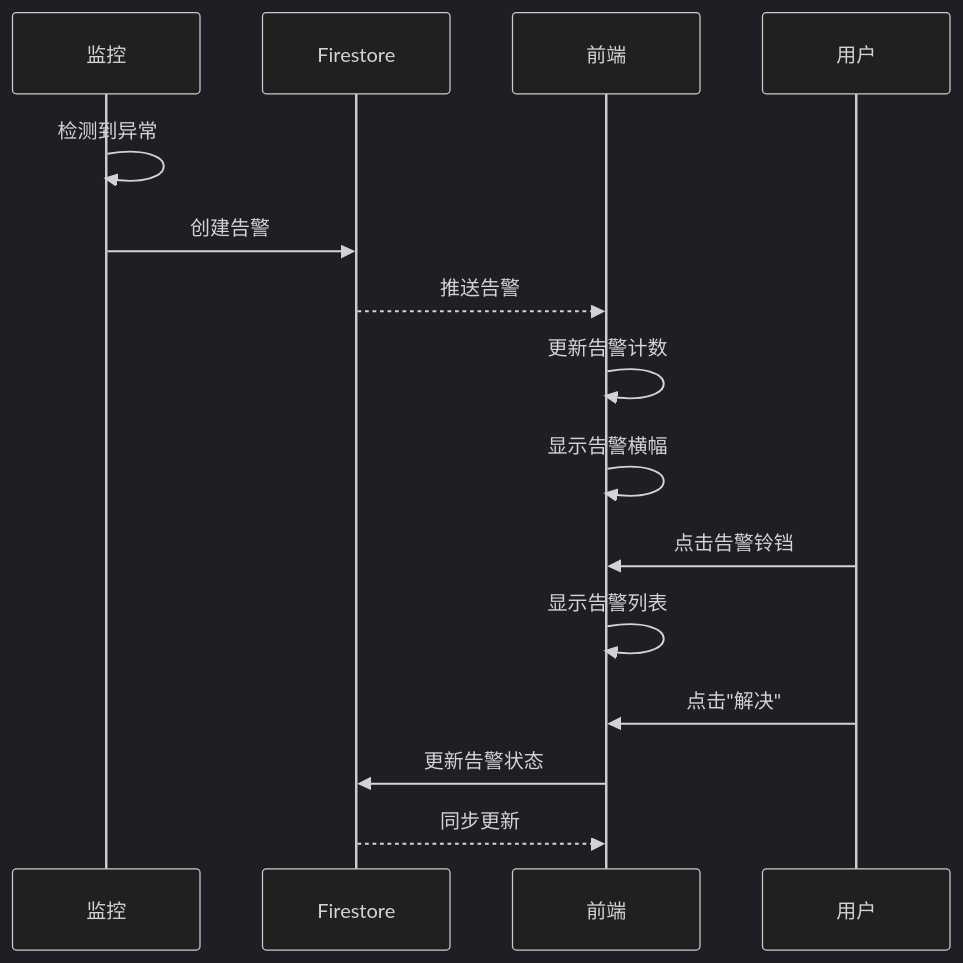
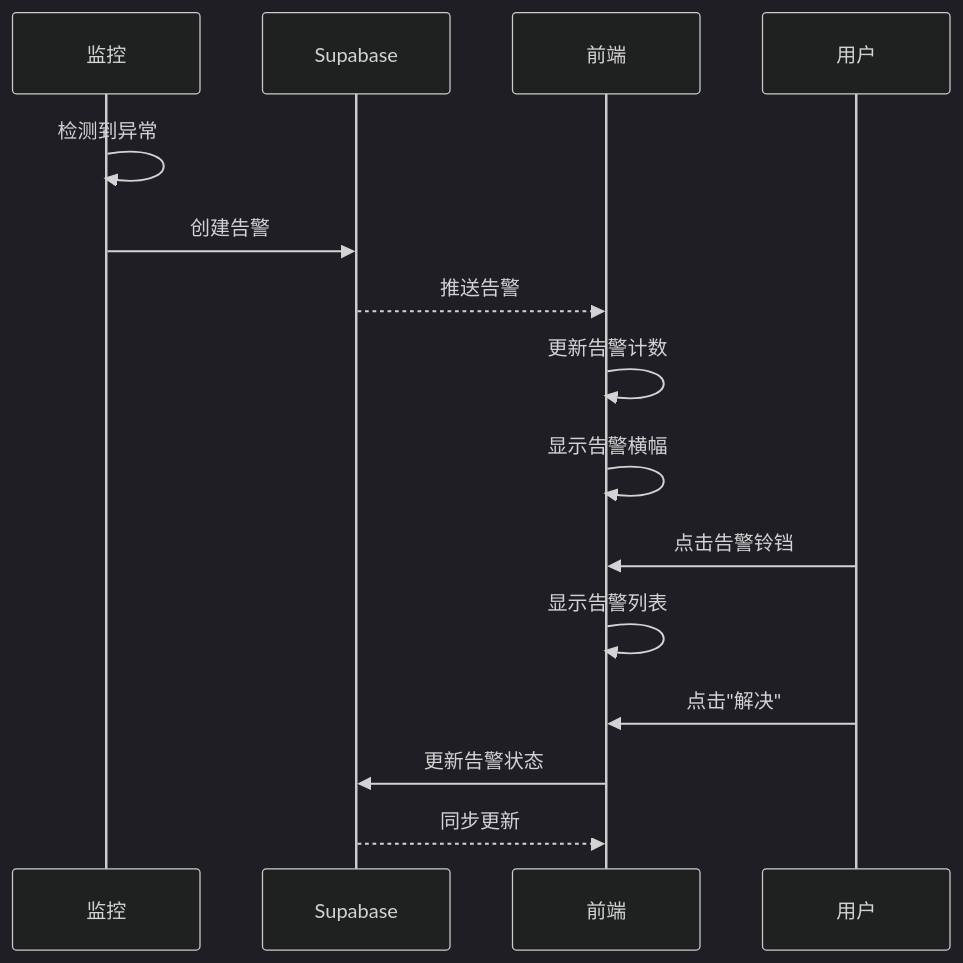
One commit to AjaCHN/LLM-API-Sentinel changed the fourth of 5 diagrams in openspec/features.md. Above: the diagram before and after it, drawn with Mermaid (dark theme). The commit also changed other lines of this file and 5 other files, not shown here.

````diff
--- a/openspec/features.md
+++ b/openspec/features.md
@@ -316,21 +316,21 @@
 ```mermaid
 sequenceDiagram
     participant Monitor as 监控
-    participant Firestore as Firestore
+    participant Supabase as Supabase
     participant Client as 前端
     participant User as 用户
     
     Monitor->>Monitor: 检测到异常
-    Monitor->>Firestore: 创建告警
+    Monitor->>Supabase: 创建告警
     
-    Firestore-->>Client: 推送告警
+    Supabase-->>Client: 推送告警
     Client->>Client: 更新告警计数
     Client->>Client: 显示告警横幅
     
     User->>Client: 点击告警铃铛
     Client->>Client: 显示告警列表
     
     User->>Client: 点击"解决"
-    Client->>Firestore: 更新告警状态
-    Firestore-->>Client: 同步更新
+    Client->>Supabase: 更新告警状态
+    Supabase-->>Client: 同步更新
 ```
````
